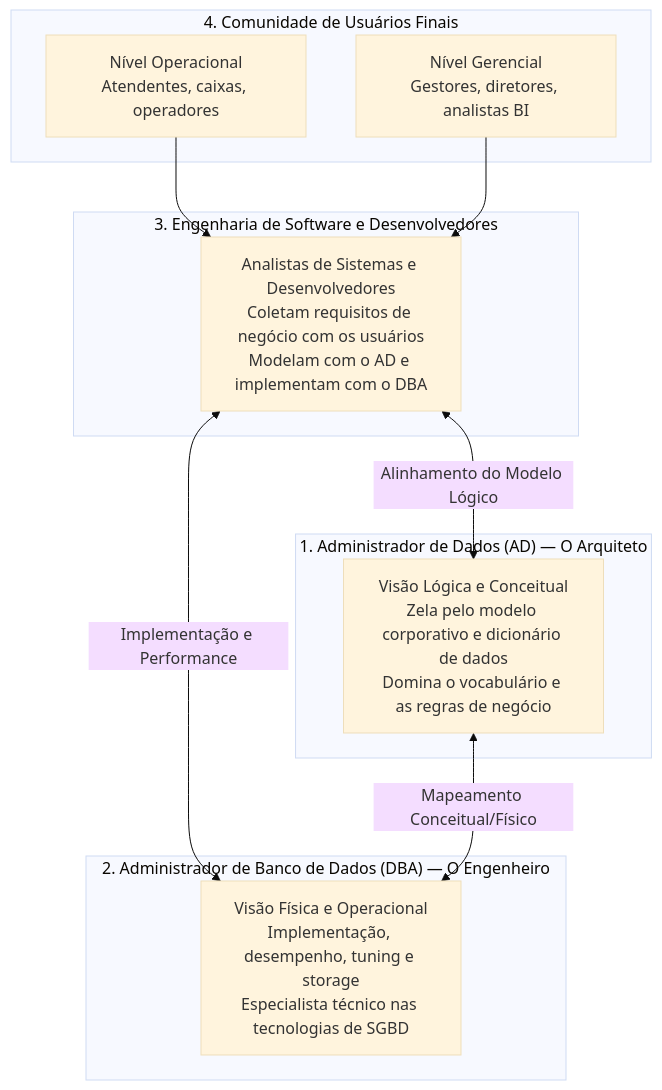
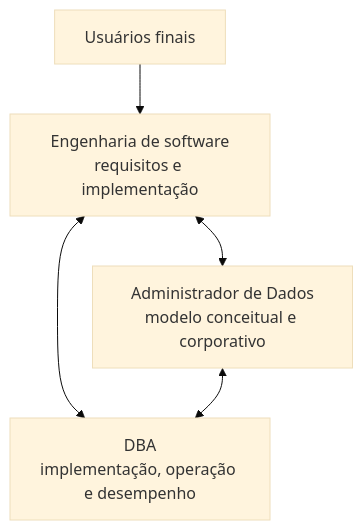
Before and after one commit to leorruas/puc: the diagram in 02. Modelagem de Dados/03. Linguagens de banco de dados (ddl e dml) e perfis profissionais.md, drawn with Mermaid (base theme). The commit also changed other lines of this file, not shown here.

Commit message:
Normaliza linguagens e papéis em bancos de dados

````diff
--- a/02. Modelagem de Dados/03. Linguagens de banco de dados (ddl e dml) e perfis profissionais.md
+++ b/02. Modelagem de Dados/03. Linguagens de banco de dados (ddl e dml) e perfis profissionais.md
@@ -103,25 +90,12 @@
 ```mermaid
 flowchart TD
-    subgraph SubgraphAD["1. Administrador de Dados (AD) — O Arquiteto"]
-        AD["Visão Lógica e Conceitual<br>Zela pelo modelo corporativo e dicionário de dados<br>Domina o vocabulário e as regras de negócio"]
-    end
+    Usuarios["Usuários finais"]:::external
+    Dev["Engenharia de software<br>requisitos e implementação"]:::component
+    AD["Administrador de Dados<br>modelo conceitual e corporativo"]:::core
+    DBA["DBA<br>implementação, operação e desempenho"]:::data
 
-    subgraph SubgraphDBA["2. Administrador de Banco de Dados (DBA) — O Engenheiro"]
-        DBA["Visão Física e Operacional<br>Implementação, desempenho, tuning e storage<br>Especialista técnico nas tecnologias de SGBD"]
-    end
-
-    subgraph SubgraphDevs["3. Engenharia de Software e Desenvolvedores"]
-        Dev["Analistas de Sistemas e Desenvolvedores<br>Coletam requisitos de negócio com os usuários<br>Modelam com o AD e implementam com o DBA"]
-    end
-
-    subgraph SubgraphUsuarios["4. Comunidade de Usuários Finais"]
-        Op["Nível Operacional<br>Atendentes, caixas, operadores"]
-        Ger["Nível Gerencial<br>Gestores, diretores, analistas BI"]
-    end
-
-    Op --> Dev
-    Ger --> Dev
-    Dev <-->|"Alinhamento do Modelo Lógico"| AD
-    Dev <-->|"Implementação e Performance"| DBA
-    AD <-->|"Mapeamento Conceitual/Físico"| DBA
+    Usuarios --> Dev
+    Dev <--> AD
+    Dev <--> DBA
+    AD <--> DBA
 ```
````
